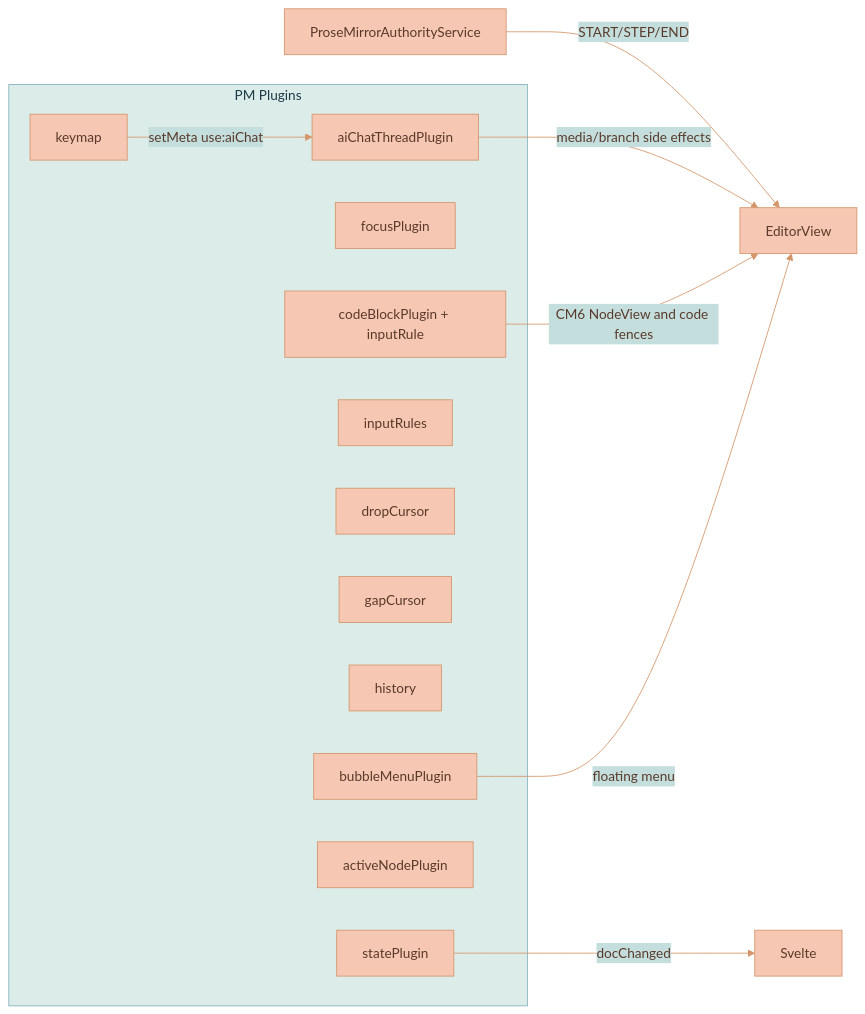
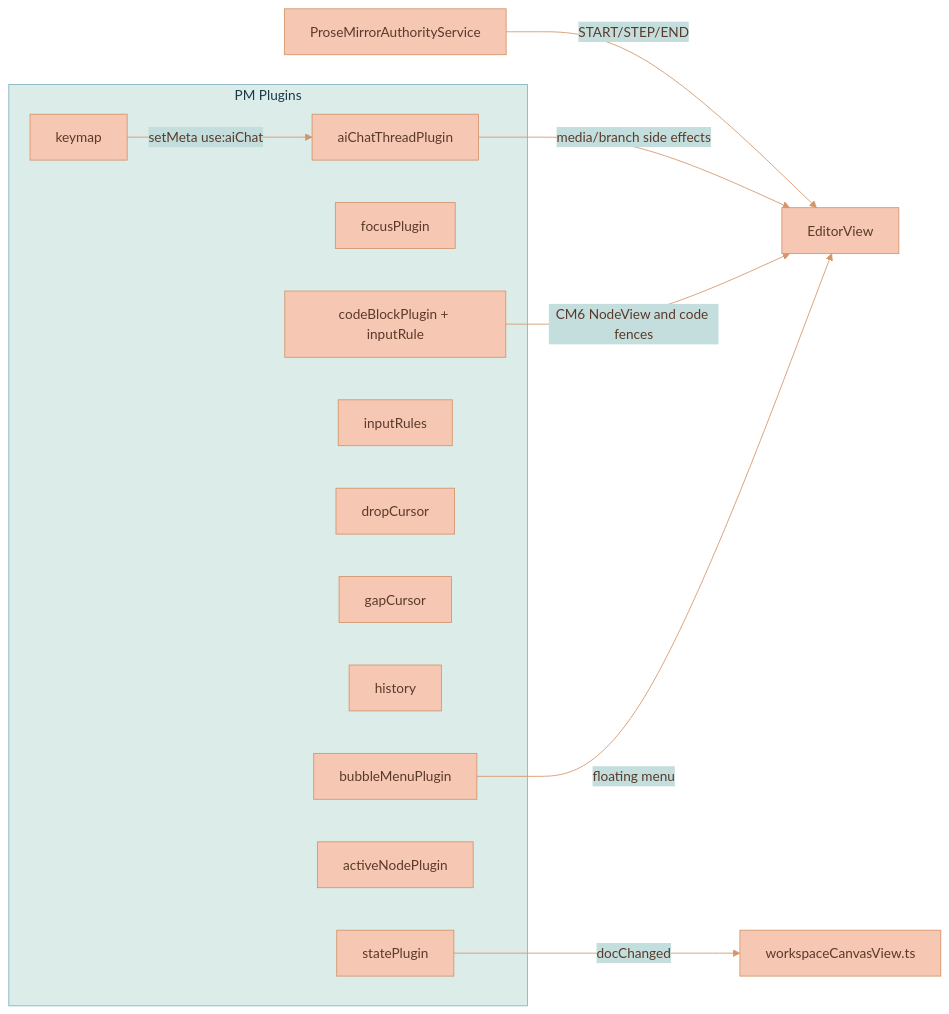
Before and after one commit to Lixpi/lixpi: the fourth of 8 diagrams in services/web-ui/src/components/proseMirror/README.md, drawn with Mermaid. The commit also changed other lines of this file and 59 other files, not shown here.

````diff
--- a/services/web-ui/src/components/proseMirror/README.md
+++ b/services/web-ui/src/components/proseMirror/README.md
@@ -157,25 +157,25 @@
 ```mermaid
 %%{init: {'theme': 'base', 'themeVariables': { 'primaryColor': '#F6C7B3', 'primaryTextColor': '#5a3a2a', 'primaryBorderColor': '#d4956a', 'secondaryColor': '#C3DEDD', 'secondaryTextColor': '#1a3a47', 'secondaryBorderColor': '#4a8a9d', 'tertiaryColor': '#DCECE9', 'tertiaryTextColor': '#1a3a47', 'tertiaryBorderColor': '#82B2C0', 'lineColor': '#d4956a', 'textColor': '#5a3a2a'}}}%%
 graph LR
   subgraph PM Plugins
     SP[statePlugin]
     FP[focusPlugin]
     BM[bubbleMenuPlugin]
     IR[inputRules]
     KM[keymap]
     DC[dropCursor]
     GC[gapCursor]
     HS[history]
   CBP["codeBlockPlugin + inputRule"]
     AN[activeNodePlugin]
     ACT[aiChatThreadPlugin]
   end
 
   KM-- setMeta use:aiChat -->ACT
   AUTH[ProseMirrorAuthorityService]
   AUTH-- START/STEP/END -->EditorView
   ACT-- media/branch side effects -->EditorView
   CBP-- CM6 NodeView and code fences -->EditorView
-  SP-- docChanged --> Svelte
+  SP-- docChanged --> Host[workspaceCanvasView.ts]
   BM-- floating menu --> EditorView
 ```
````
